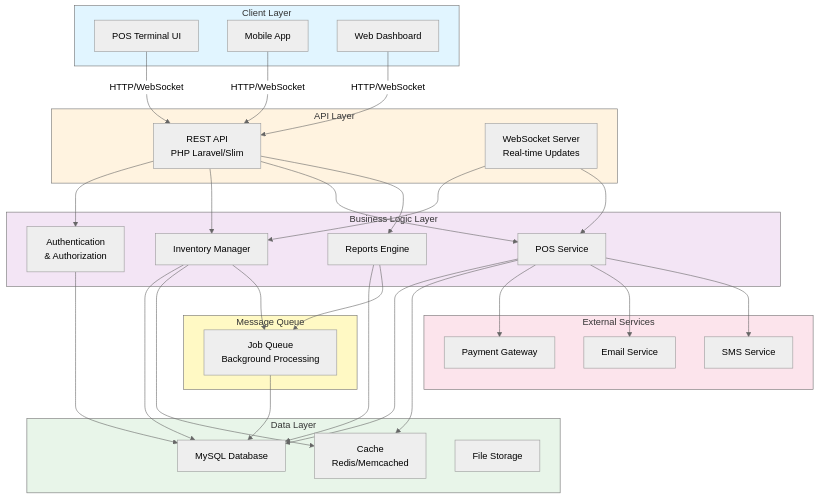
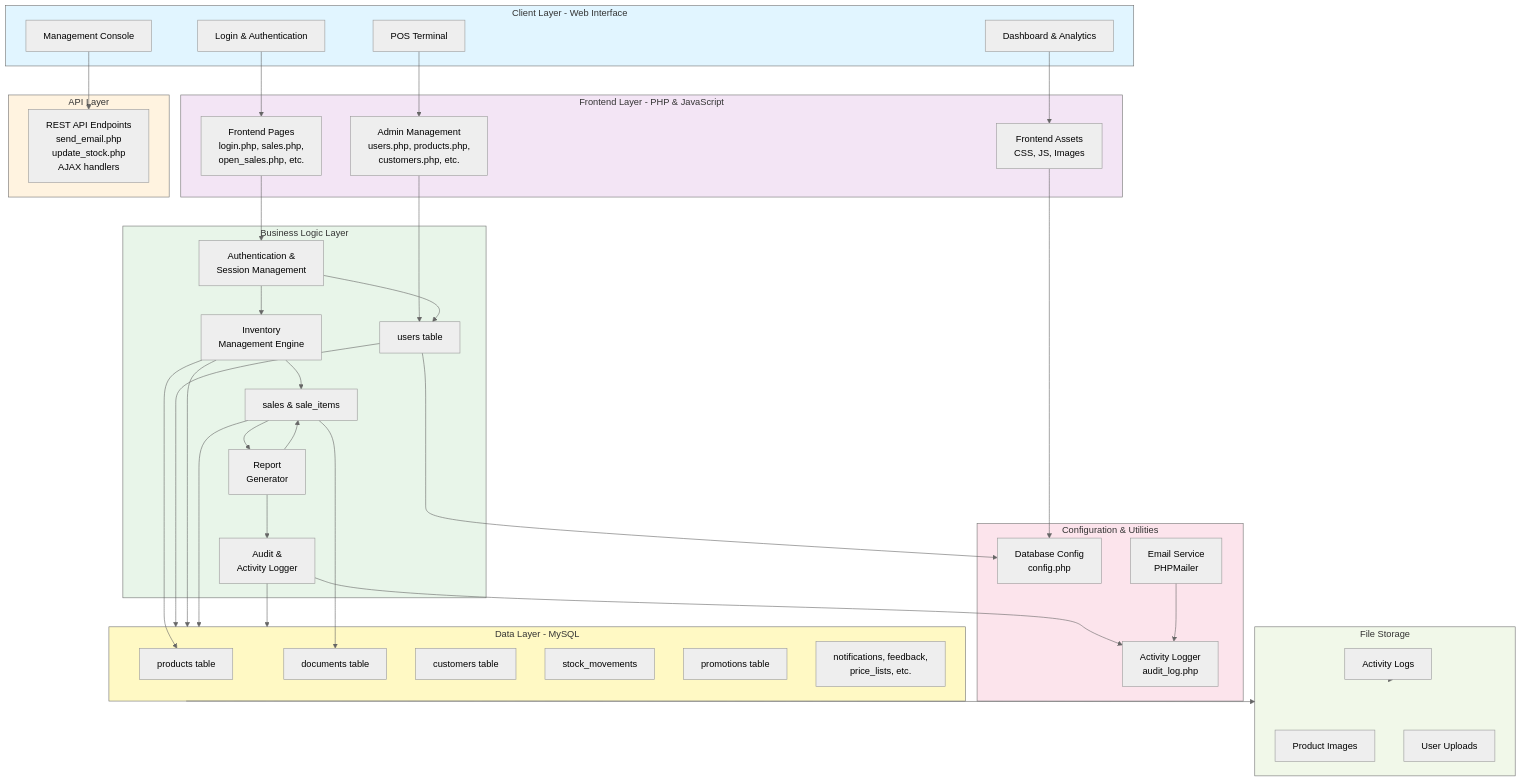
Before and after one commit to Micjeal/REAL-TIME-POS-INVENTORY: the diagram in ARCHITECTURE.md, drawn with Mermaid (neutral theme). The commit also changed other lines of this file, not shown here.

Commit message:
Add comprehensive architecture with complete backend APIs and frontend details

````diff
--- a/ARCHITECTURE.md
+++ b/ARCHITECTURE.md
@@ -5,70 +33,90 @@
 ```mermaid
 graph TB
-    subgraph Client["Client Layer"]
-        POS["POS Terminal UI"]
-        Mobile["Mobile App"]
-        Web["Web Dashboard"]
+    subgraph Client["Client Layer - Web Interface"]
+        Login["Login & Authentication"]
+        POS["POS Terminal"]
+        Dashboard["Dashboard & Analytics"]
+        Management["Management Console"]
+    end
+
+    subgraph Frontend["Frontend Layer - PHP & JavaScript"]
+        FrontPages["Frontend Pages<br/>login.php, sales.php,<br/>open_sales.php, etc."]
+        AdminPages["Admin Management<br/>users.php, products.php,<br/>customers.php, etc."]
+        FrontEnd["Frontend Assets<br/>CSS, JS, Images"]
     end
 
     subgraph API["API Layer"]
-        REST["REST API<br/>PHP Laravel/Slim"]
-        WebSocket["WebSocket Server<br/>Real-time Updates"]
+        RESTEndpoints["REST API Endpoints<br/>send_email.php<br/>update_stock.php<br/>AJAX handlers"]
     end
 
     subgraph Business["Business Logic Layer"]
-        Auth["Authentication<br/>& Authorization"]
-        Inventory["Inventory Manager"]
-        POS_Service["POS Service"]
-        Reports["Reports Engine"]
+        Auth["Authentication &<br/>Session Management"]
+        Inventory["Inventory<br/>Management Engine"]
+        Sales["Sales Transaction<br/>Processor"]
+        Reports["Report<br/>Generator"]
+        Users["User<br/>Manager"]
+        Audit["Audit &<br/>Activity Logger"]
     end
 
-    subgraph Data["Data Layer"]
-        MySQL["MySQL Database"]
-        Cache["Cache<br/>Redis/Memcached"]
-        FileSystem["File Storage"]
+    subgraph Config["Configuration & Utilities"]
+        DBConfig["Database Config<br/>config.php"]
+        Mailer["Email Service<br/>PHPMailer"]
+        Logger["Activity Logger<br/>audit_log.php"]
     end
 
-    subgraph External["External Services"]
-        Payment["Payment Gateway"]
-        Email["Email Service"]
-        SMS["SMS Service"]
+    subgraph Database["Data Layer - MySQL"]
+        Users["users table"]
+        Products["products table"]
+        Documents["documents table"]
+        Sales["sales & sale_items"]
+        Customers["customers table"]
+        Stock["stock_movements"]
+        Promotions["promotions table"]
+        Other["notifications, feedback,<br/>price_lists, etc."]
     end
 
-    subgraph Queue["Message Queue"]
-        Jobs["Job Queue<br/>Background Processing"]
+    subgraph Storage["File Storage"]
+        ProductImages["Product Images"]
+        Uploads["User Uploads"]
+        Logs["Activity Logs"]
     end
 
-    POS -->|HTTP/WebSocket| REST
-    Mobile -->|HTTP/WebSocket| REST
-    Web -->|HTTP/WebSocket| REST
+    Login --> FrontPages
+    POS --> AdminPages
+    Dashboard --> FrontEnd
+    Management --> RESTEndpoints
 
-    REST --> Auth
-    REST --> Inventory
-    REST --> POS_Service
-    REST --> Reports
+    FrontPages --> Auth
+    AdminPages --> Users
+    FrontEnd --> DBConfig
 
-    WebSocket --> Inventory
-    WebSocket --> POS_Service
+    Auth --> Inventory
+    Inventory --> Sales
+    Sales --> Reports
+    Reports --> Audit
 
-    Auth --> MySQL
-    Inventory --> MySQL
-    Inventory --> Cache
-    POS_Service --> MySQL
-    POS_Service --> Cache
-    Reports --> MySQL
+    Users --> DBConfig
+    Audit --> Logger
+    Mailer --> Logger
 
-    POS_Service --> Payment
-    POS_Service --> Email
-    POS_Service --> SMS
+    Auth --> Users
+    Inventory --> Products
+    Sales --> Documents
+    Reports --> Sales
 
-    Inventory --> Jobs
-    Reports --> Jobs
-    Jobs --> MySQL
+    Users --> Database
+    Inventory --> Database
+    Sales --> Database
+    Audit --> Database
+
+    Database --> Storage
+    Logs --> Storage
 
     style Client fill:#e1f5ff
+    style Frontend fill:#f3e5f5
     style API fill:#fff3e0
-    style Business fill:#f3e5f5
-    style Data fill:#e8f5e9
-    style External fill:#fce4ec
-    style Queue fill:#fff9c4
+    style Business fill:#e8f5e9
+    style Config fill:#fce4ec
+    style Database fill:#fff9c4
+    style Storage fill:#f1f8e9
 ```
````
